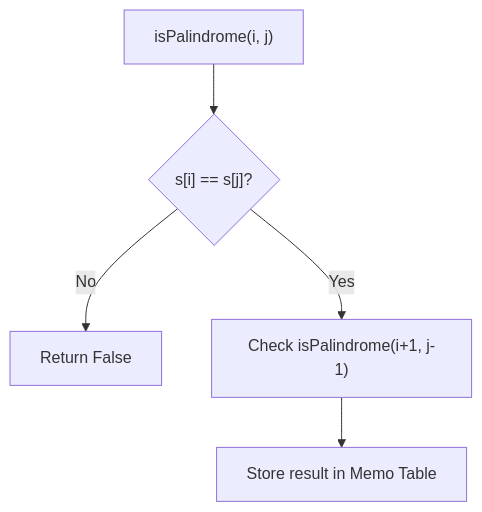
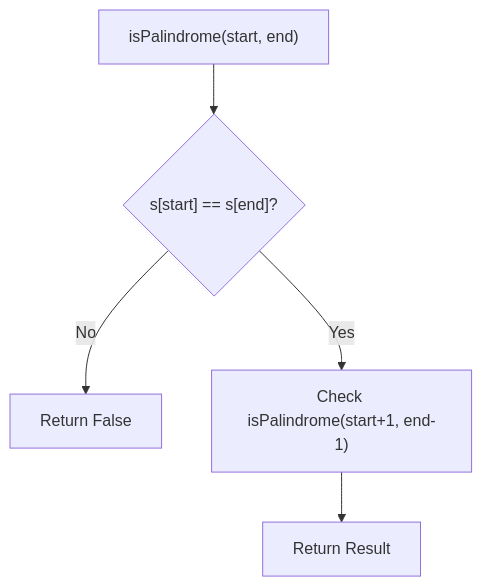
The diagram in longest-palindromic-substring/README.md (abhicodbase/dsa-wiki), drawn with Mermaid before and after one commit. The commit also changed other lines of this file and 2 other files, not shown here.

````diff
--- a/longest-palindromic-substring/README.md
+++ b/longest-palindromic-substring/README.md
@@ -21,7 +23,7 @@
 ```mermaid
 graph TD
-    A["isPalindrome(i, j)"] --> B{"s[i] == s[j]?"}
+    A["isPalindrome(start, end)"] --> B{"s[start] == s[end]?"}
     B -- No --> C["Return False"]
-    B -- Yes --> D["Check isPalindrome(i+1, j-1)"]
-    D --> E["Store result in Memo Table"]
+    B -- Yes --> D["Check isPalindrome(start+1, end-1)"]
+    D --> E["Return Result"]
 ```
````
